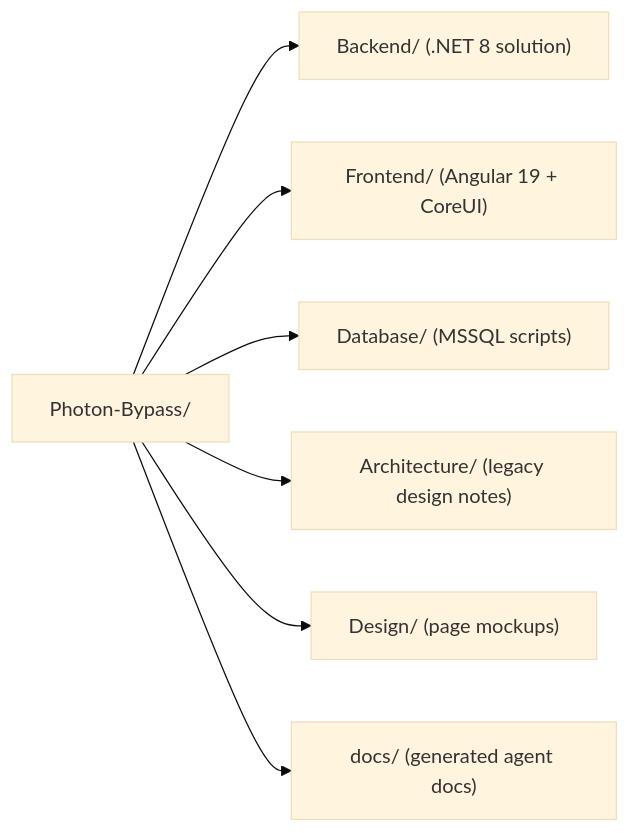
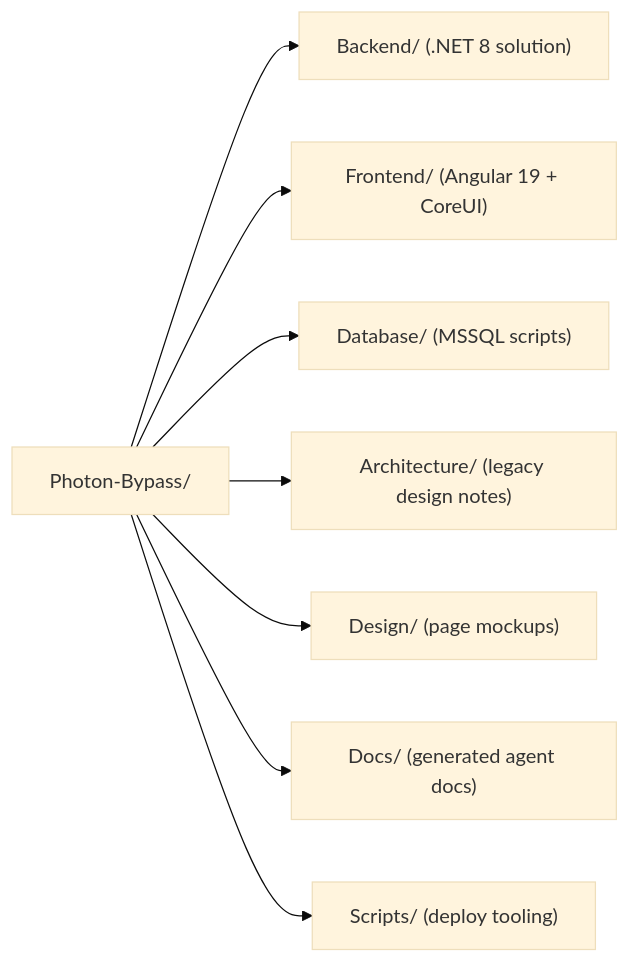
The first of 2 diagrams in AGENTS.md (h-nargesi/Photon-Bypass), drawn with Mermaid (base theme) before and after one commit. The commit also changed other lines of this file and 201 other files, not shown here.

````diff
--- a/AGENTS.md
+++ b/AGENTS.md
@@ -25,9 +25,10 @@
 ```mermaid
 flowchart LR
     Root["Photon-Bypass/"] --> Backend["Backend/ (.NET 8 solution)"]
     Root --> Frontend["Frontend/ (Angular 19 + CoreUI)"]
     Root --> Database["Database/ (MSSQL scripts)"]
     Root --> Architecture["Architecture/ (legacy design notes)"]
     Root --> Design["Design/ (page mockups)"]
-    Root --> Docs["docs/ (generated agent docs)"]
+    Root --> Docs["Docs/ (generated agent docs)"]
+    Root --> Scripts["Scripts/ (deploy tooling)"]
 ```
````
